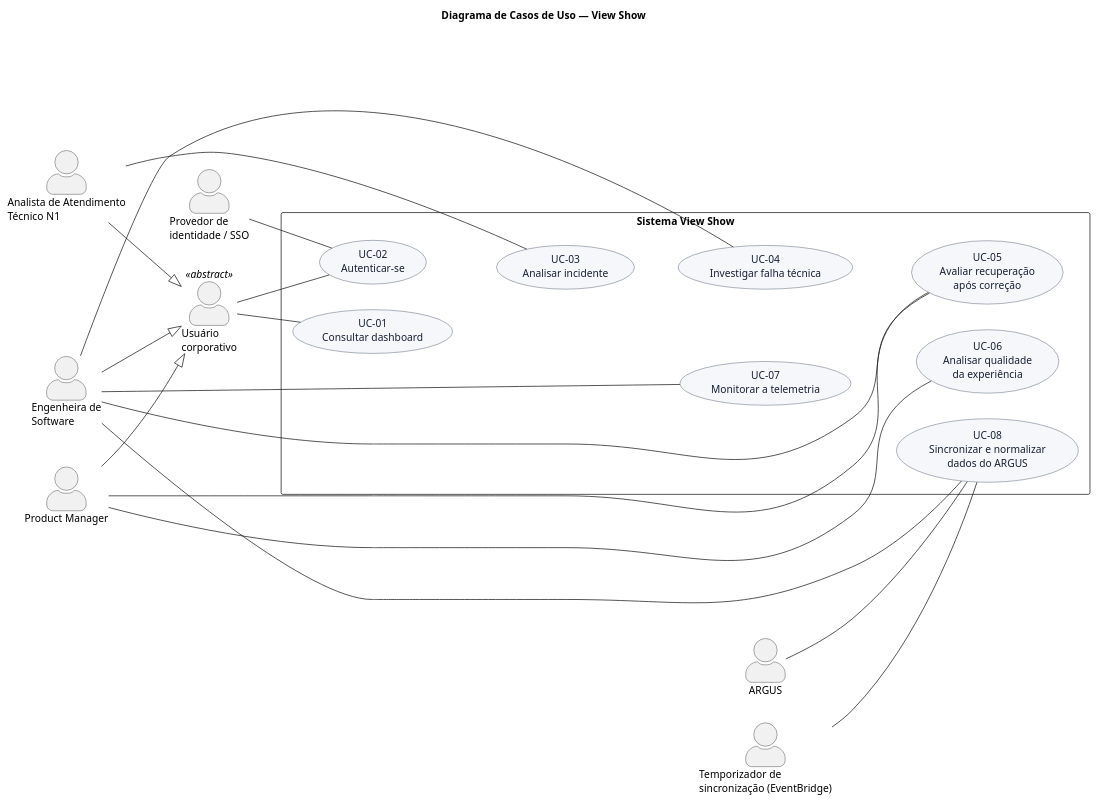
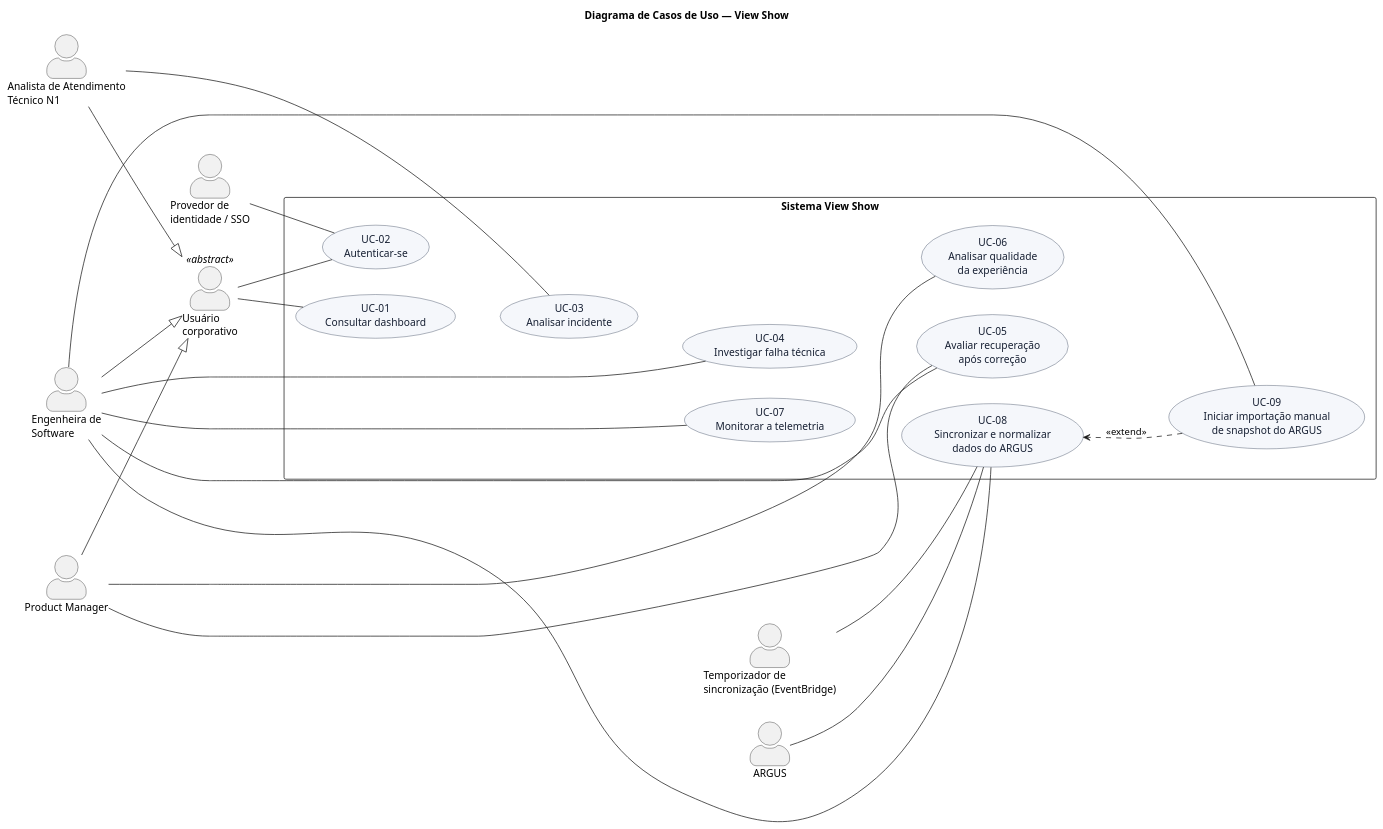
One commit to guedesrayssa/viewshow-ai-observability changed the diagram in assets/modelagem/casos-de-uso.puml. Above: the diagram before and after it, drawn with PlantUML. The commit also changed 1 other file, not shown here.

Commit message:
docs(modelagem): formaliza o caso de uso de importação

```diff
--- a/assets/modelagem/casos-de-uso.puml
+++ b/assets/modelagem/casos-de-uso.puml
@@ -1,58 +1,62 @@
 @startuml
 title Diagrama de Casos de Uso — View Show
 left to right direction
 
 skinparam backgroundColor white
 skinparam shadowing false
 skinparam defaultFontName Arial
 skinparam actorStyle awesome
 skinparam packageStyle rectangle
 skinparam usecase {
   BackgroundColor #F5F7FB
   BorderColor #233148
   FontColor #172033
 }
 
 actor "Usuário\ncorporativo" as Usuario <<abstract>>
 actor "Analista de Atendimento\nTécnico N1" as N1
 actor "Engenheira de\nSoftware" as Engenharia
 actor "Product Manager" as PM
 actor "Provedor de\nidentidade / SSO" as SSO
 actor "Temporizador de\nsincronização (EventBridge)" as Temporizador
 actor "ARGUS" as Argus
 
 N1 --|> Usuario
 Engenharia --|> Usuario
 PM --|> Usuario
 
 rectangle "Sistema View Show" {
   usecase "UC-01\nConsultar dashboard" as UC01
   usecase "UC-02\nAutenticar-se" as UC02
   usecase "UC-03\nAnalisar incidente" as UC03
   usecase "UC-04\nInvestigar falha técnica" as UC04
   usecase "UC-05\nAvaliar recuperação\napós correção" as UC05
   usecase "UC-06\nAnalisar qualidade\nda experiência" as UC06
   usecase "UC-07\nMonitorar a telemetria" as UC07
   usecase "UC-08\nSincronizar e normalizar\ndados do ARGUS" as UC08
+  usecase "UC-09\nIniciar importação manual\nde snapshot do ARGUS" as UC09
 }
 
 Usuario -- UC01
 Usuario -- UC02
 SSO -- UC02
 N1 -- UC03
 Engenharia -- UC04
 Engenharia -- UC05
 Engenharia -- UC07
 Engenharia -- UC08
+Engenharia -- UC09
 PM -- UC05
 PM -- UC06
 Temporizador -- UC08
 Argus -- UC08
+UC09 ..> UC08 : <<extend>>
 
 UC01 -[hidden]down- UC03
 UC03 -[hidden]down- UC04
 UC04 -[hidden]down- UC05
 UC05 -[hidden]right- UC06
 UC06 -[hidden]up- UC07
 UC07 -[hidden]down- UC08
+UC08 -[hidden]down- UC09
 @enduml
```
